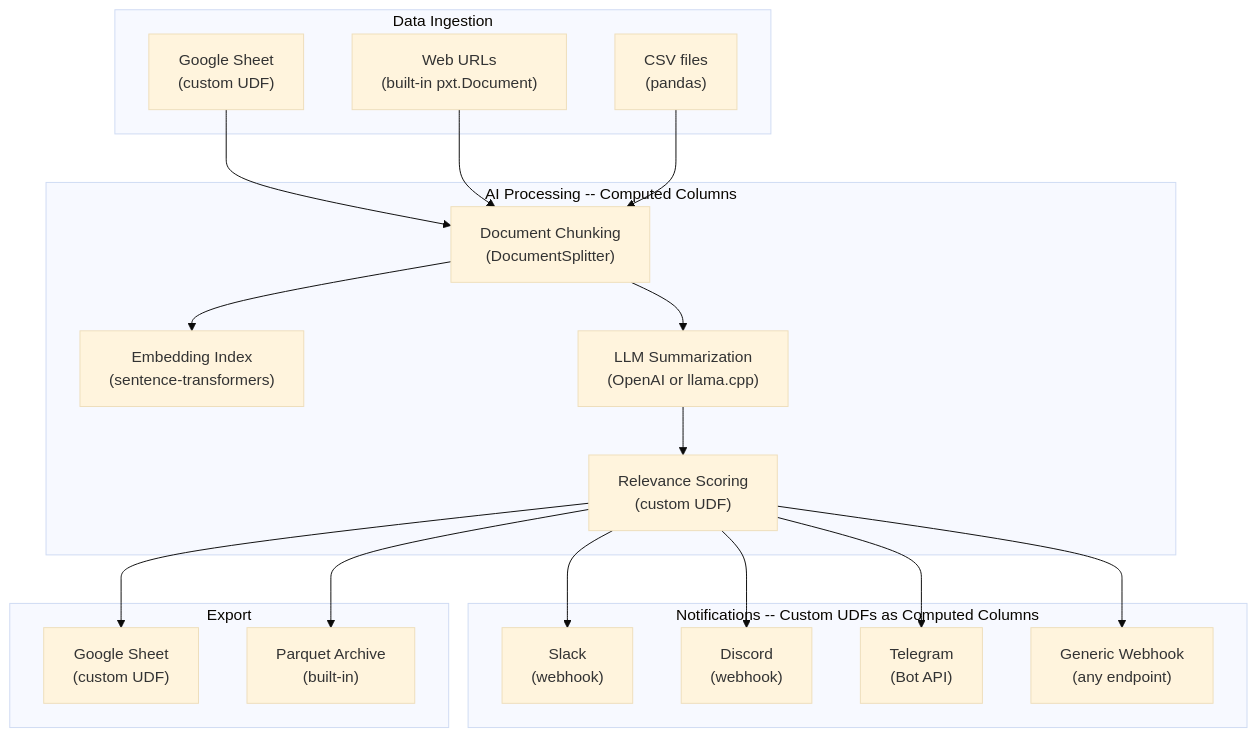
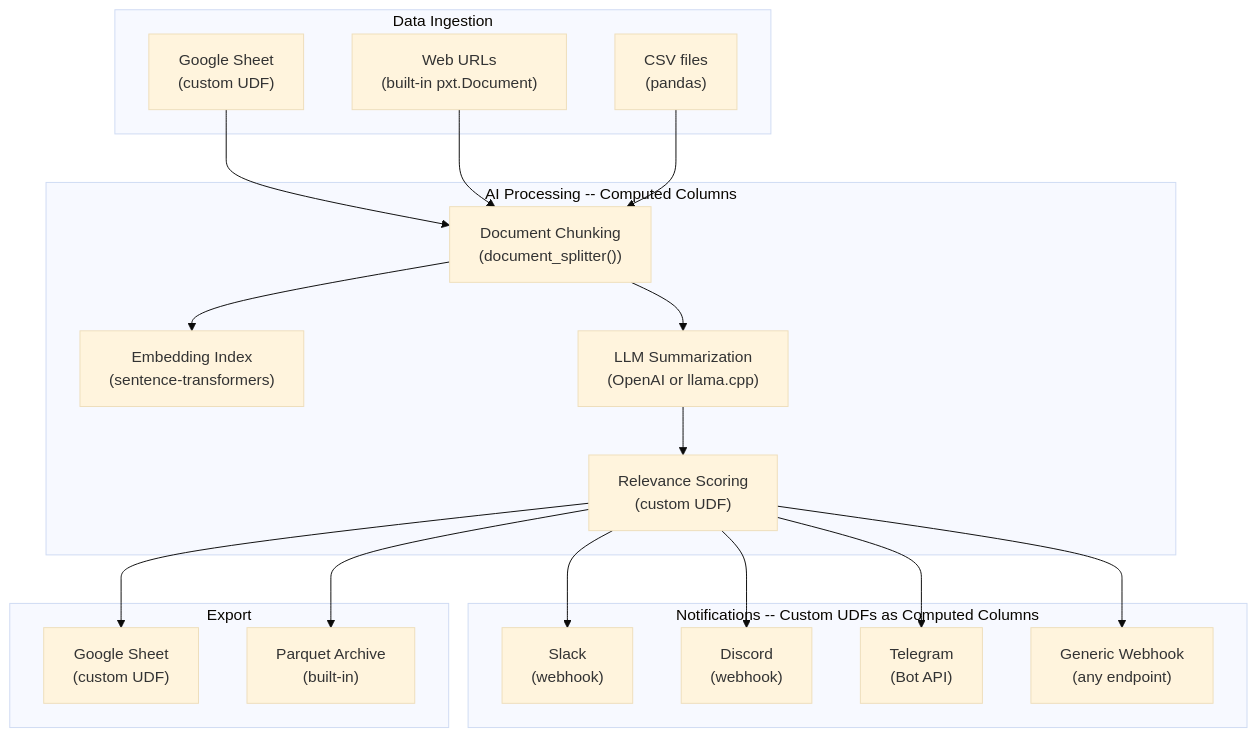
One commit to pixeltable/pixeltable changed the diagram in docs/sample-apps/intelligence-hub/README.md. Above: the diagram before and after it, drawn with Mermaid (base theme). The commit also changed 14 other files, not shown here.

````diff
--- a/docs/sample-apps/intelligence-hub/README.md
+++ b/docs/sample-apps/intelligence-hub/README.md
@@ -11,40 +11,40 @@
 ```mermaid
 flowchart TD
   subgraph ingest [Data Ingestion]
     GS["Google Sheet\n(custom UDF)"]
     URLs["Web URLs\n(built-in pxt.Document)"]
     CSV["CSV files\n(pandas)"]
   end
 
   subgraph process [AI Processing -- Computed Columns]
-    Chunk["Document Chunking\n(DocumentSplitter)"]
+    Chunk["Document Chunking\n(document_splitter())"]
     Embed["Embedding Index\n(sentence-transformers)"]
     Summarize["LLM Summarization\n(OpenAI or llama.cpp)"]
     Score["Relevance Scoring\n(custom UDF)"]
   end
 
   subgraph notify [Notifications -- Custom UDFs as Computed Columns]
     Slack["Slack\n(webhook)"]
     Discord["Discord\n(webhook)"]
     Telegram["Telegram\n(Bot API)"]
     Webhook["Generic Webhook\n(any endpoint)"]
   end
 
   subgraph export_layer [Export]
     SheetExport["Google Sheet\n(custom UDF)"]
     Parquet["Parquet Archive\n(built-in)"]
   end
 
   GS --> Chunk
   URLs --> Chunk
   CSV --> Chunk
   Chunk --> Embed
   Chunk --> Summarize
   Summarize --> Score
   Score --> Slack
   Score --> Discord
   Score --> Telegram
   Score --> Webhook
   Score --> SheetExport
   Score --> Parquet
 ```
````
